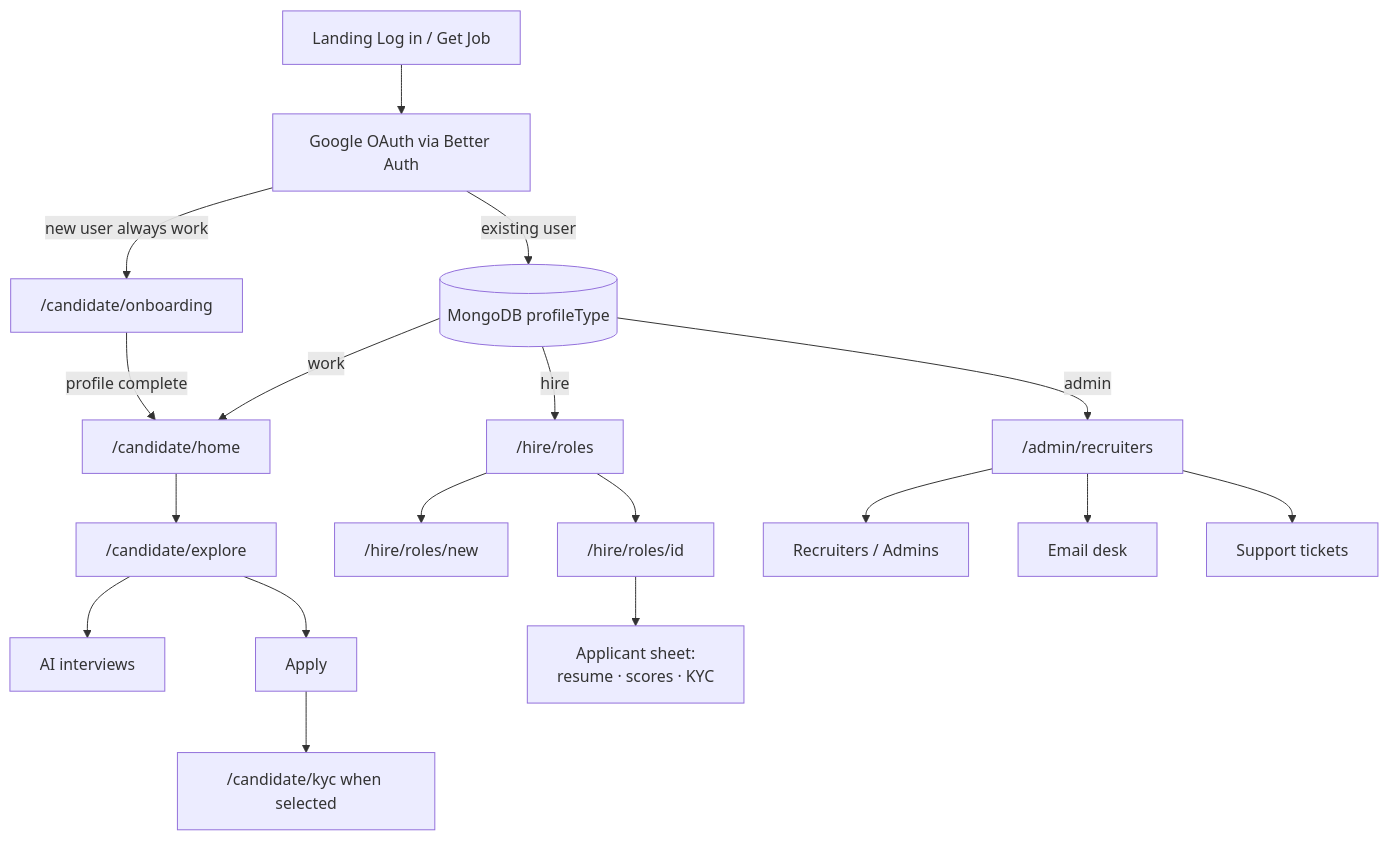
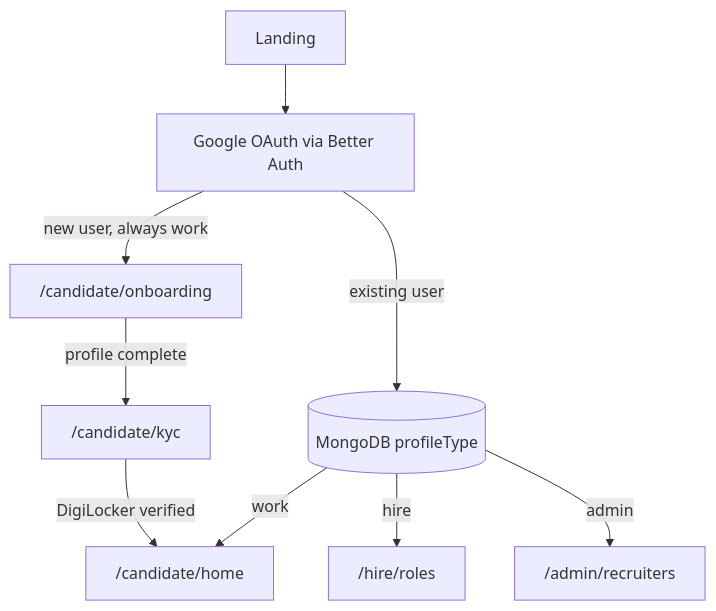
Before and after one commit to Agentic-Labs-India/Project-Bluecollarz: the first of 5 diagrams in README.md, drawn with Mermaid. The commit also changed other lines of this file and 248 other files, not shown here.

````diff
--- a/README.md
+++ b/README.md
@@ -114,28 +82,12 @@
 ```mermaid
 flowchart TD
-  Landing[Landing Log in / Get Job]
-  Google[Google OAuth via Better Auth]
-  DB[(MongoDB profileType)]
+  Landing[Landing] --> Google[Google OAuth via Better Auth]
+  Google -->|new user, always work| Onboard["/candidate/onboarding"]
+  Onboard -->|profile complete| Kyc["/candidate/kyc"]
+  Kyc -->|DigiLocker verified| Home["/candidate/home"]
 
-  Landing --> Google
-  Google -->|new user always work| Onboard["/candidate/onboarding"]
-  Onboard -->|profile complete| Home["/candidate/home"]
-
-  Google -->|existing user| DB
+  Google -->|existing user| DB[(MongoDB profileType)]
   DB -->|work| Home
   DB -->|hire| Roles["/hire/roles"]
   DB -->|admin| Admin["/admin/recruiters"]
-
-  Home --> Explore["/candidate/explore"]
-  Explore --> Interviews[AI interviews]
-  Explore --> Apply[Apply]
-  Apply --> KYC["/candidate/kyc when selected"]
-
-  Roles --> NewRole["/hire/roles/new"]
-  Roles --> Applicants["/hire/roles/id"]
-  Applicants --> Sheet[Applicant sheet:<br/>resume · scores · KYC]
-
-  Admin --> Recruiters[Recruiters / Admins]
-  Admin --> Email[Email desk]
-  Admin --> Support[Support tickets]
 ```
````
